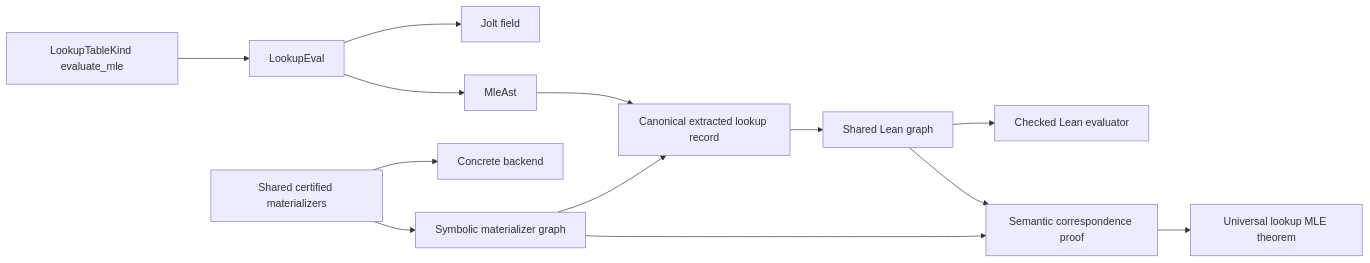
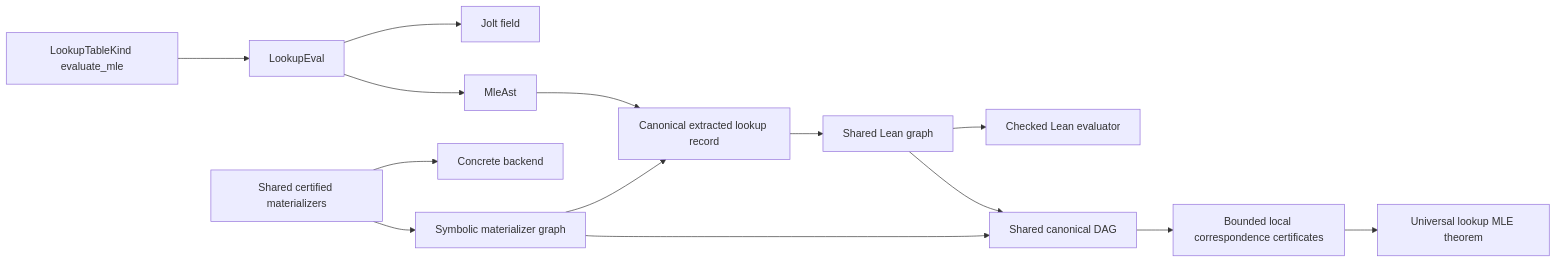
The diagram in specs/lookup-eval-extraction.md (a16z/jolt), drawn with Mermaid before and after one commit. The commit also changed other lines of this file and 8 other files, not shown here.

````diff
--- a/specs/lookup-eval-extraction.md
+++ b/specs/lookup-eval-extraction.md
@@ -177,15 +183,16 @@
 ```mermaid
 flowchart LR
     A[LookupTableKind evaluate_mle] --> B[LookupEval]
     B --> C[Jolt field]
     B --> D[MleAst]
     D --> E[Canonical extracted lookup record]
     E --> F[Shared Lean graph]
     F --> G[Checked Lean evaluator]
     H[Shared certified materializers] --> I[Concrete backend]
     H --> J[Symbolic materializer graph]
     J --> E
-    F --> K[Semantic correspondence proof]
+    F --> K[Shared canonical DAG]
     J --> K
-    K --> L[Universal lookup MLE theorem]
+    K --> L[Bounded local correspondence certificates]
+    L --> M[Universal lookup MLE theorem]
 ```
````
